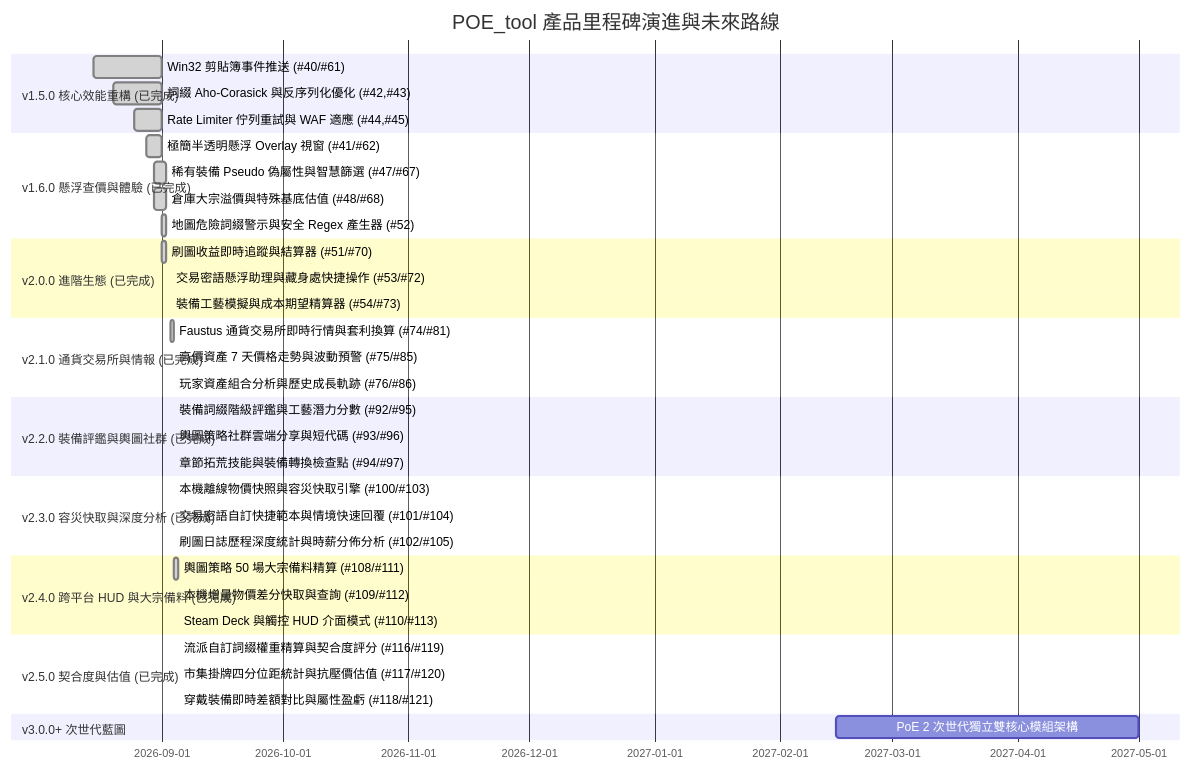
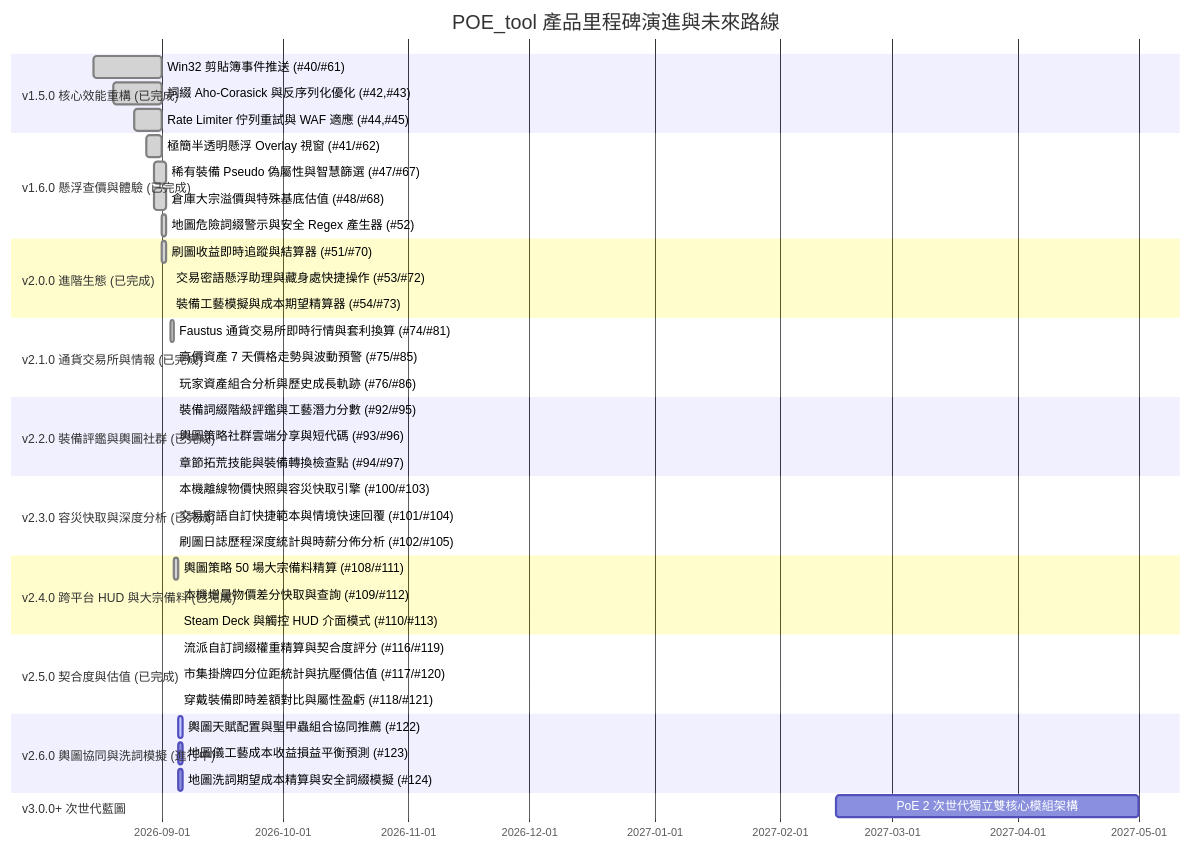
The diagram in ROADMAP.md (saijo0404/POE-tool), drawn with Mermaid before and after one commit. The commit also changed other lines of this file, not shown here.

Commit message:
docs(roadmap): update ROADMAP for Milestone 9 (v2.6.0)

````diff
--- a/ROADMAP.md
+++ b/ROADMAP.md
@@ -53,40 +55,44 @@
 ```mermaid
 gantt
     title POE_tool 產品里程碑演進與未來路線
     dateFormat  YYYY-MM-DD
     section v1.5.0 核心效能重構 (已完成)
     Win32 剪貼簿事件推送 (#40/#61)           :done,    m1_1, 2026-08-15, 2026-09-01
     詞綴 Aho-Corasick 與反序列化優化 (#42,#43) :done,    m1_2, 2026-08-20, 2026-09-01
     Rate Limiter 佇列重試與 WAF 適應 (#44,#45)  :done,    m1_3, 2026-08-25, 2026-09-01
     section v1.6.0 懸浮查價與體驗 (已完成)
     極簡半透明懸浮 Overlay 視窗 (#41/#62)     :done,    m2_1, 2026-08-28, 2026-09-01
     稀有裝備 Pseudo 偽屬性與智慧篩選 (#47/#67) :done,    m2_2, 2026-08-30, 2026-09-02
     倉庫大宗溢價與特殊基底估值 (#48/#68)      :done,    m2_3, 2026-08-30, 2026-09-02
     地圖危險詞綴警示與安全 Regex 產生器 (#52)  :done,    m2_4, 2026-09-01, 2026-09-02
     section v2.0.0 進階生態 (已完成)
     刷圖收益即時追蹤與結算器 (#51/#70)        :done,    m3_1, 2026-09-01, 2026-09-02
     交易密語懸浮助理與藏身處快捷操作 (#53/#72) :done,    m3_2, 2026-09-03, 2026-09-03
     裝備工藝模擬與成本期望精算器 (#54/#73)     :done,    m3_3, 2026-09-03, 2026-09-03
     section v2.1.0 通貨交易所與情報 (已完成)
     Faustus 通貨交易所即時行情與套利換算 (#74/#81) :done,    m4_1, 2026-09-03, 2026-09-04
     高價資產 7 天價格走勢與波動預警 (#75/#85)     :done,    m4_2, 2026-09-04, 2026-09-04
     玩家資產組合分析與歷史成長軌跡 (#76/#86)       :done,    m4_3, 2026-09-04, 2026-09-04
     section v2.2.0 裝備評鑑與輿圖社群 (已完成)
     裝備詞綴階級評鑑與工藝潛力分數 (#92/#95)     :done,    m5_1, 2026-09-04, 2026-09-04
     輿圖策略社群雲端分享與短代碼 (#93/#96)       :done,    m5_2, 2026-09-04, 2026-09-04
     章節拓荒技能與裝備轉換檢查點 (#94/#97)       :done,    m5_3, 2026-09-04, 2026-09-04
     section v2.3.0 容災快取與深度分析 (已完成)
     本機離線物價快照與容災快取引擎 (#100/#103)    :done,    m6_1, 2026-09-04, 2026-09-04
     交易密語自訂快捷範本與情境快速回覆 (#101/#104) :done,    m6_2, 2026-09-04, 2026-09-04
     刷圖日誌歷程深度統計與時薪分佈分析 (#102/#105) :done,    m6_3, 2026-09-04, 2026-09-04
     section v2.4.0 跨平台 HUD 與大宗備料 (已完成)
     輿圖策略 50 場大宗備料精算 (#108/#111)       :done,    m7_1, 2026-09-04, 2026-09-05
     本機增量物價差分快取與查詢 (#109/#112)       :done,    m7_2, 2026-09-05, 2026-09-05
     Steam Deck 與觸控 HUD 介面模式 (#110/#113)  :done,    m7_3, 2026-09-05, 2026-09-05
     section v2.5.0 契合度與估值 (已完成)
     流派自訂詞綴權重精算與契合度評分 (#116/#119)  :done,    m8_1, 2026-09-05, 2026-09-05
     市集掛牌四分位距統計與抗壓價估值 (#117/#120)  :done,    m8_2, 2026-09-05, 2026-09-05
     穿戴裝備即時差額對比與屬性盈虧 (#118/#121)    :done,    m8_3, 2026-09-05, 2026-09-05
+    section v2.6.0 輿圖協同與洗詞模擬 (進行中)
+    輿圖天賦配置與聖甲蟲組合協同推薦 (#122)          :active,  m9_1, 2026-09-05, 2026-09-06
+    地圖儀工藝成本收益損益平衡預測 (#123)          :         m9_2, 2026-09-05, 2026-09-06
+    地圖洗詞期望成本精算與安全詞綴模擬 (#124)        :         m9_3, 2026-09-05, 2026-09-06
     section v3.0.0+ 次世代藍圖
-    PoE 2 次世代獨立雙核心模組架構           :         m9_1, 2027-02-15, 2027-05-01
+    PoE 2 次世代獨立雙核心模組架構           :         m10_1, 2027-02-15, 2027-05-01
 ```
````
